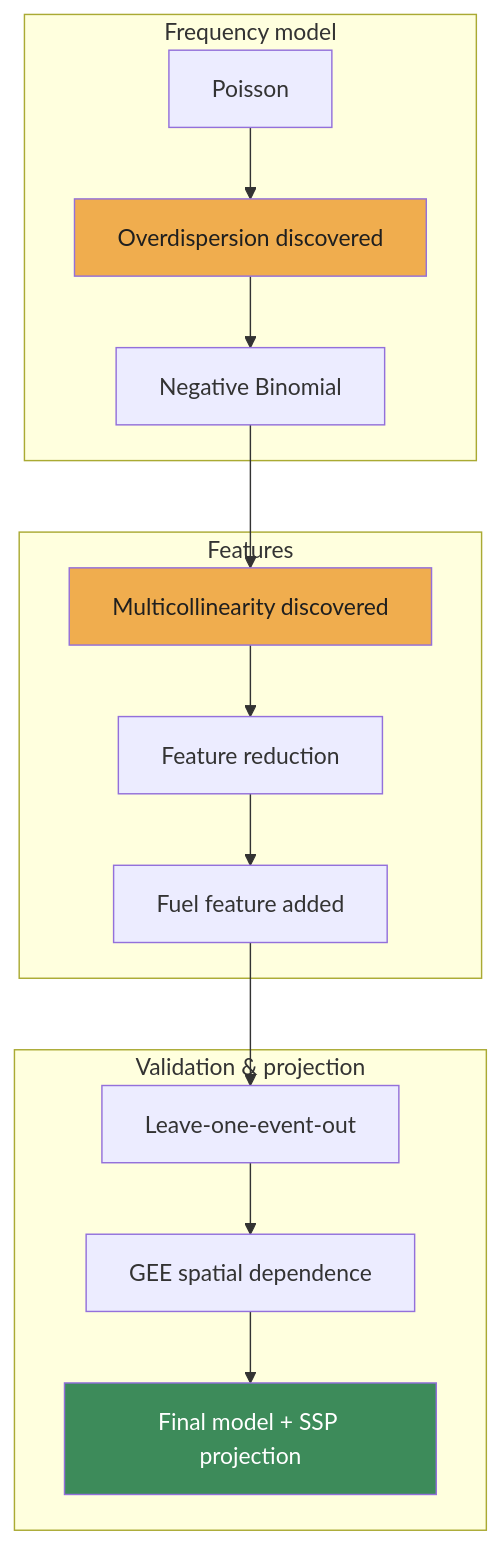
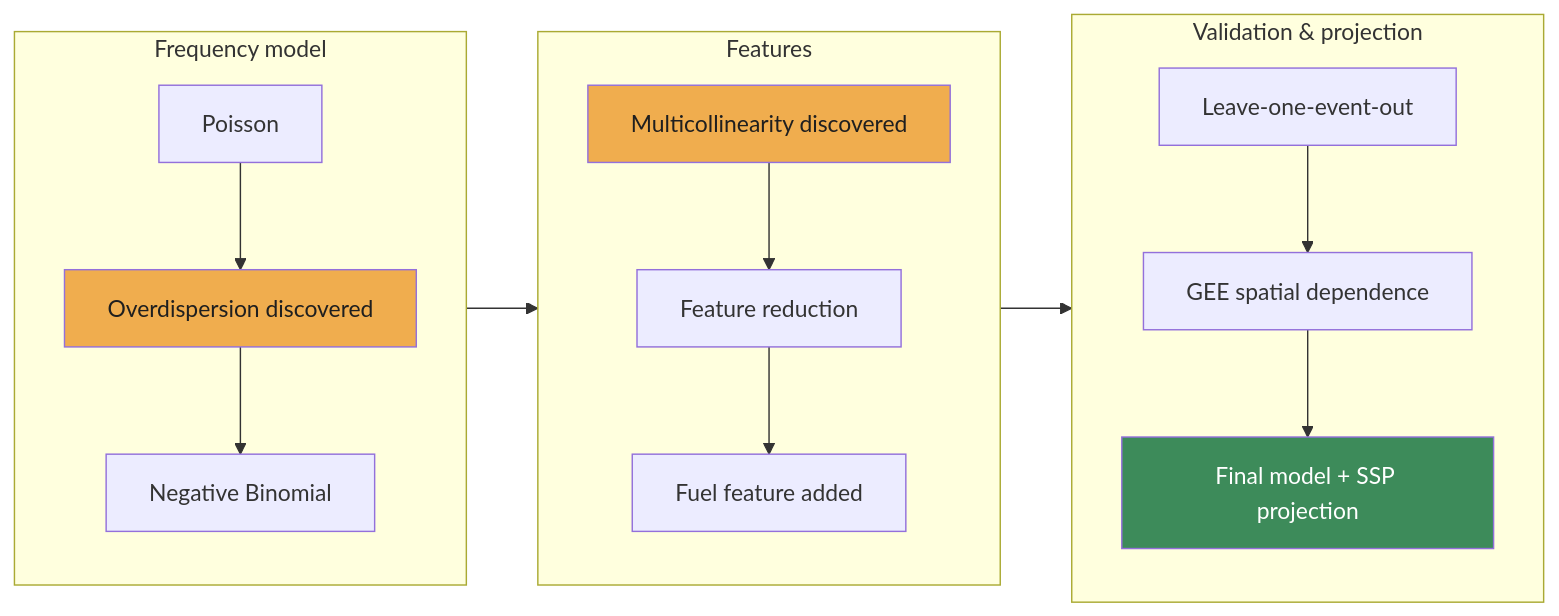
Before and after one commit to Seti17/wildfire-insured-loss-model: the diagram in reports/wildfire_loss_report.md, drawn with Mermaid.

Commit message:
Fix flowchart overlay

````diff
--- a/reports/wildfire_loss_report.md
+++ b/reports/wildfire_loss_report.md
@@ -187,21 +187,24 @@
 ```mermaid
-flowchart TB
+flowchart LR
     subgraph frequency["Frequency model"]
+        direction TB
         p1["Poisson"] --> d1["Overdispersion discovered"] --> nb["Negative Binomial"]
     end
 
     subgraph features["Features"]
+        direction TB
         d2["Multicollinearity discovered"] --> fr["Feature reduction"] --> fuel["Fuel feature added"]
     end
 
     subgraph validation["Validation & projection"]
+        direction TB
         loeo["Leave-one-event-out"] --> gee["GEE spatial dependence"] --> final["Final model + SSP projection"]
     end
 
     nb --> d2
     fuel --> loeo
 
     style d1 fill:#f0ad4e,color:#1f1f1f
     style d2 fill:#f0ad4e,color:#1f1f1f
     style final fill:#3d8b5a,color:#fff
 ```
````
